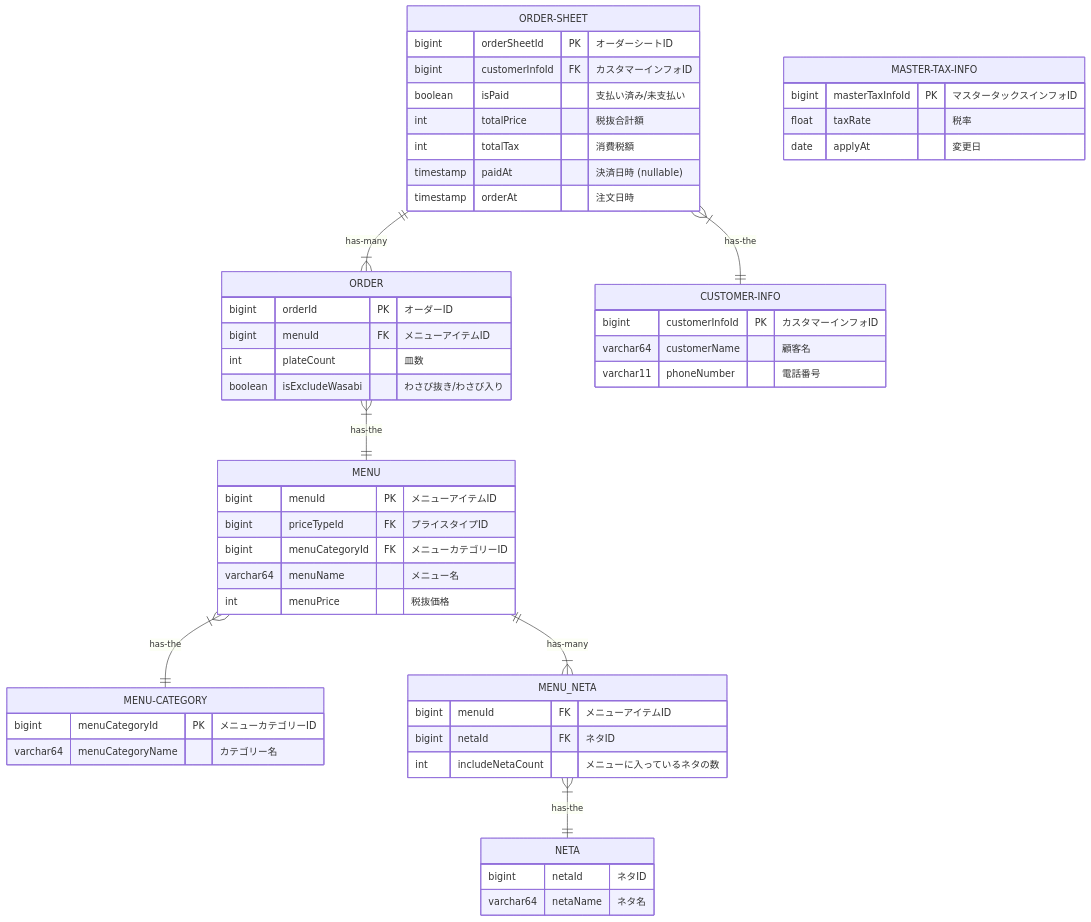
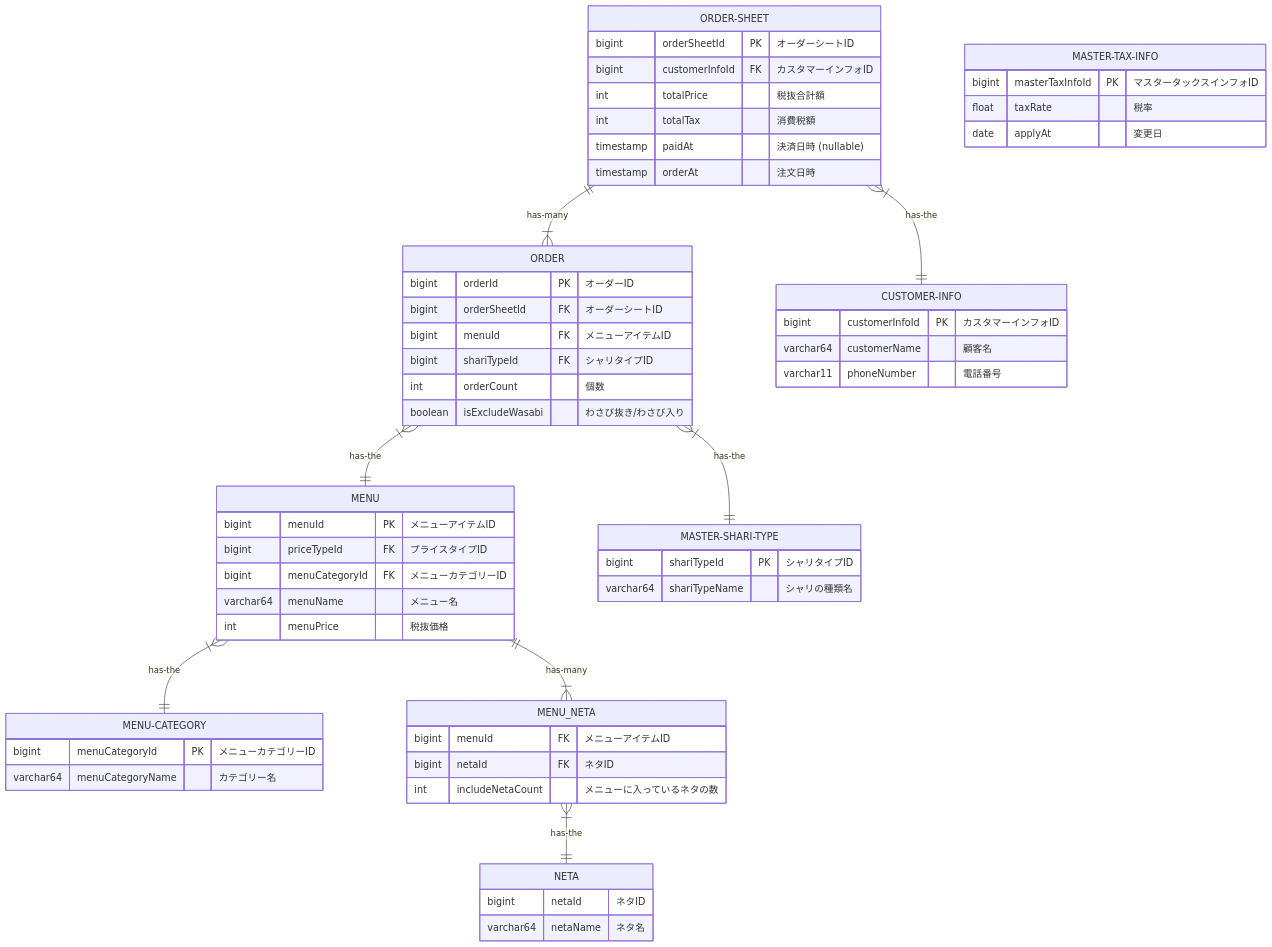
One commit to junseinagao/praha-challenge changed the first of 2 diagrams in データベース設計/DBモデリング1/課題2.md. Above: the diagram before and after it, drawn with Mermaid. The commit also changed 2 other files, not shown here.

Commit message:
[DBモデリング1] レビュー箇所を修正

````diff
--- a/データベース設計/DBモデリング1/課題2.md
+++ b/データベース設計/DBモデリング1/課題2.md
@@ -3,64 +3,71 @@
 ```mermaid
 erDiagram
     ORDER-SHEET ||--|{ ORDER : has-many
     ORDER-SHEET }|--|| CUSTOMER-INFO : has-the
 
     ORDER-SHEET {
         bigint orderSheetId PK "オーダーシートID"
         bigint customerInfoId FK "カスタマーインフォID"
-        boolean isPaid "支払い済み/未支払い"
         int totalPrice "税抜合計額"
         int totalTax "消費税額"
         timestamp paidAt "決済日時 (nullable)"
         timestamp orderAt "注文日時"
     }
 
     CUSTOMER-INFO {
         bigint customerInfoId PK "カスタマーインフォID"
         varchar64 customerName "顧客名"
         varchar11 phoneNumber "電話番号"
     }
 
     MASTER-TAX-INFO {
         bigint masterTaxInfoId PK "マスタータックスインフォID"
         float taxRate "税率"
         date applyAt "変更日"
     }
 
     ORDER }|--|| MENU : has-the
+    ORDER }|--|| MASTER-SHARI-TYPE : has-the
     MENU }|--|| MENU-CATEGORY : has-the
     MENU ||--|{ MENU_NETA : has-many
     MENU_NETA }|--|| NETA : has-the
 
     ORDER {
         bigint orderId PK "オーダーID"
+        bigint orderSheetId FK "オーダーシートID"
         bigint menuId FK "メニューアイテムID"
-        int plateCount "皿数"
+        bigint shariTypeId FK "シャリタイプID"
+        int orderCount "個数"
         boolean isExcludeWasabi "わさび抜き/わさび入り"
+    }
+
+    MASTER-SHARI-TYPE {
+        bigint shariTypeId PK "シャリタイプID"
+        varchar64 shariTypeName "シャリの種類名"
     }
 
     MENU {
         bigint menuId PK "メニューアイテムID"
         bigint priceTypeId FK "プライスタイプID"
         bigint menuCategoryId FK "メニューカテゴリーID"
         varchar64 menuName "メニュー名"
         int menuPrice "税抜価格"
     }
 
     MENU-CATEGORY {
         bigint menuCategoryId PK "メニューカテゴリーID"
         varchar64 menuCategoryName "カテゴリー名"
     }
 
     MENU_NETA {
         bigint menuId FK "メニューアイテムID"
         bigint netaId FK "ネタID"
         int includeNetaCount "メニューに入っているネタの数"
     }
 
     NETA {
         bigint netaId "ネタID"
         varchar64 netaName "ネタ名"
     }
 
 ```
````
